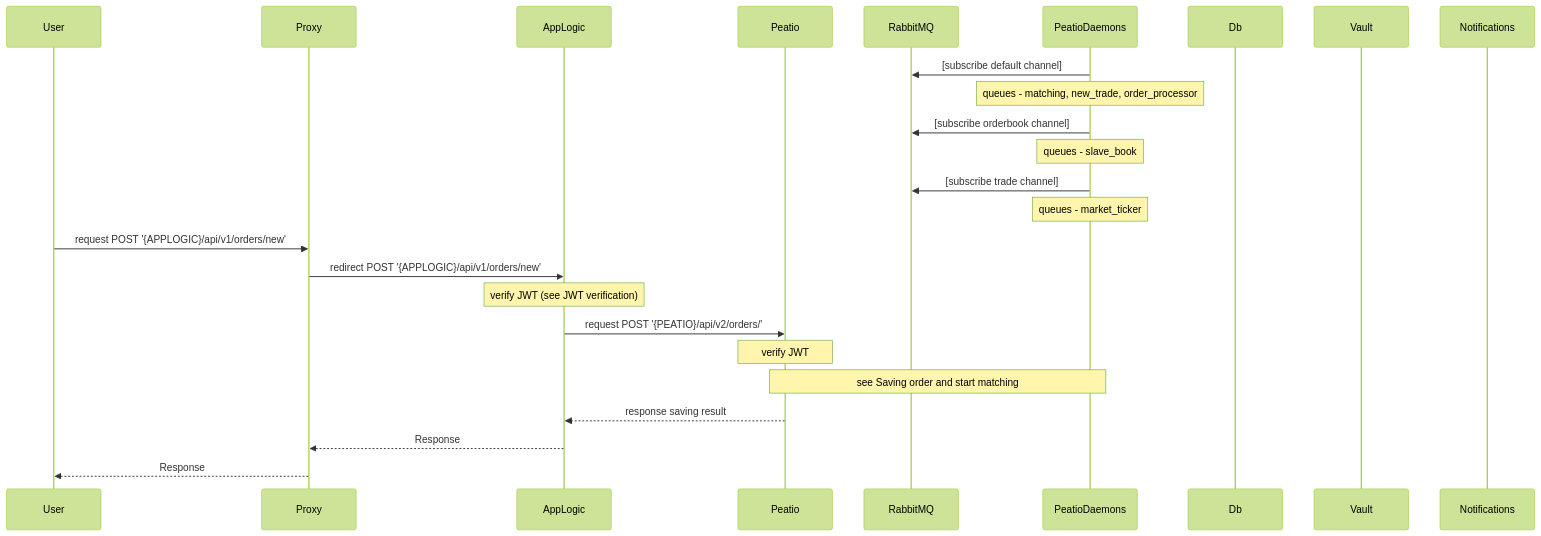
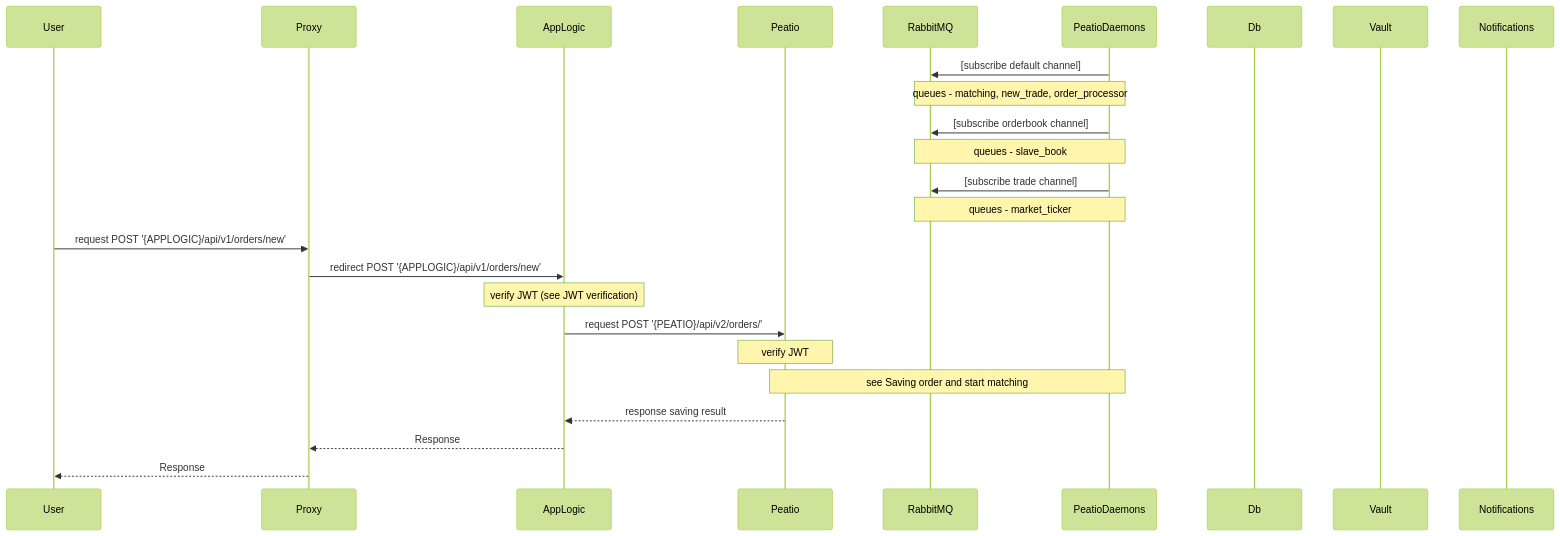
Before and after one commit to sergii-savchenko/rkcp_arch: the sixth of 31 diagrams in README.md, drawn with Mermaid (forest theme). The commit also changed other lines of this file and 2 other files, not shown here.

````diff
--- a/README.md
+++ b/README.md
@@ -234,28 +234,28 @@
 ```mermaid
 sequenceDiagram
     participant User
     participant Proxy
     participant AppLogic
     participant Peatio
     participant RabbitMQ
     participant PeatioDaemons
     participant Db
     participant Vault
     participant Notifications
 
     PeatioDaemons->>RabbitMQ: [subscribe default channel]
-    Note over PeatioDaemons: queues - matching, new_trade, order_processor
+    Note over PeatioDaemons,RabbitMQ: queues - matching, new_trade, order_processor
     PeatioDaemons->>RabbitMQ: [subscribe orderbook channel]
-    Note over PeatioDaemons: queues - slave_book
+    Note over PeatioDaemons,RabbitMQ: queues - slave_book
     PeatioDaemons->>RabbitMQ: [subscribe trade channel]
-    Note over PeatioDaemons: queues - market_ticker
+    Note over PeatioDaemons,RabbitMQ: queues - market_ticker
     User->>Proxy: request POST '{APPLOGIC}/api/v1/orders/new'
     Proxy->>AppLogic: redirect POST '{APPLOGIC}/api/v1/orders/new'
     Note over AppLogic: verify JWT (see JWT verification)
     AppLogic->>Peatio: request POST '{PEATIO}/api/v2/orders/'
     Note over Peatio: verify JWT
     Note over Peatio, PeatioDaemons: see Saving order and start matching
     Peatio-->>AppLogic: response saving result
     AppLogic-->>Proxy: Response
     Proxy-->>User: Response
 ```
````
